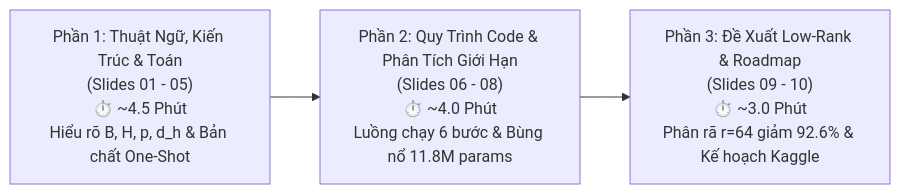
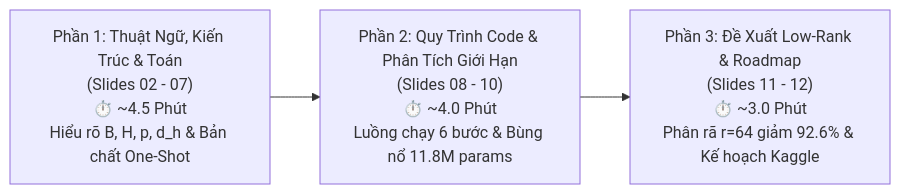
One commit to snowflake-vibing/Project-Experimental-TiDE changed the diagram in tasks-Hieu/presentation/slide/script_thuyet_trinh_tung_slide.md. Above: the diagram before and after it, drawn with Mermaid. The commit also changed other lines of this file and 19 other files, not shown here.

````diff
--- a/tasks-Hieu/presentation/slide/script_thuyet_trinh_tung_slide.md
+++ b/tasks-Hieu/presentation/slide/script_thuyet_trinh_tung_slide.md
@@ -15,5 +15,5 @@
 ```mermaid
 flowchart LR
-    P1["Phần 1: Thuật Ngữ, Kiến Trúc & Toán<br/>(Slides 01 - 05)<br/>⏱️ ~4.5 Phút<br/>Hiểu rõ B, H, p, d_h & Bản chất One-Shot"] --> P2["Phần 2: Quy Trình Code & Phân Tích Giới Hạn<br/>(Slides 06 - 08)<br/>⏱️ ~4.0 Phút<br/>Luồng chạy 6 bước & Bùng nổ 11.8M params"]
-    P2 --> P3["Phần 3: Đề Xuất Low-Rank & Roadmap<br/>(Slides 09 - 10)<br/>⏱️ ~3.0 Phút<br/>Phân rã r=64 giảm 92.6% & Kế hoạch Kaggle"]
+    P1["Phần 1: Thuật Ngữ, Kiến Trúc & Toán<br/>(Slides 02 - 07)<br/>⏱️ ~4.5 Phút<br/>Hiểu rõ B, H, p, d_h & Bản chất One-Shot"] --> P2["Phần 2: Quy Trình Code & Phân Tích Giới Hạn<br/>(Slides 08 - 10)<br/>⏱️ ~4.0 Phút<br/>Luồng chạy 6 bước & Bùng nổ 11.8M params"]
+    P2 --> P3["Phần 3: Đề Xuất Low-Rank & Roadmap<br/>(Slides 11 - 12)<br/>⏱️ ~3.0 Phút<br/>Phân rã r=64 giảm 92.6% & Kế hoạch Kaggle"]
 ```
````
